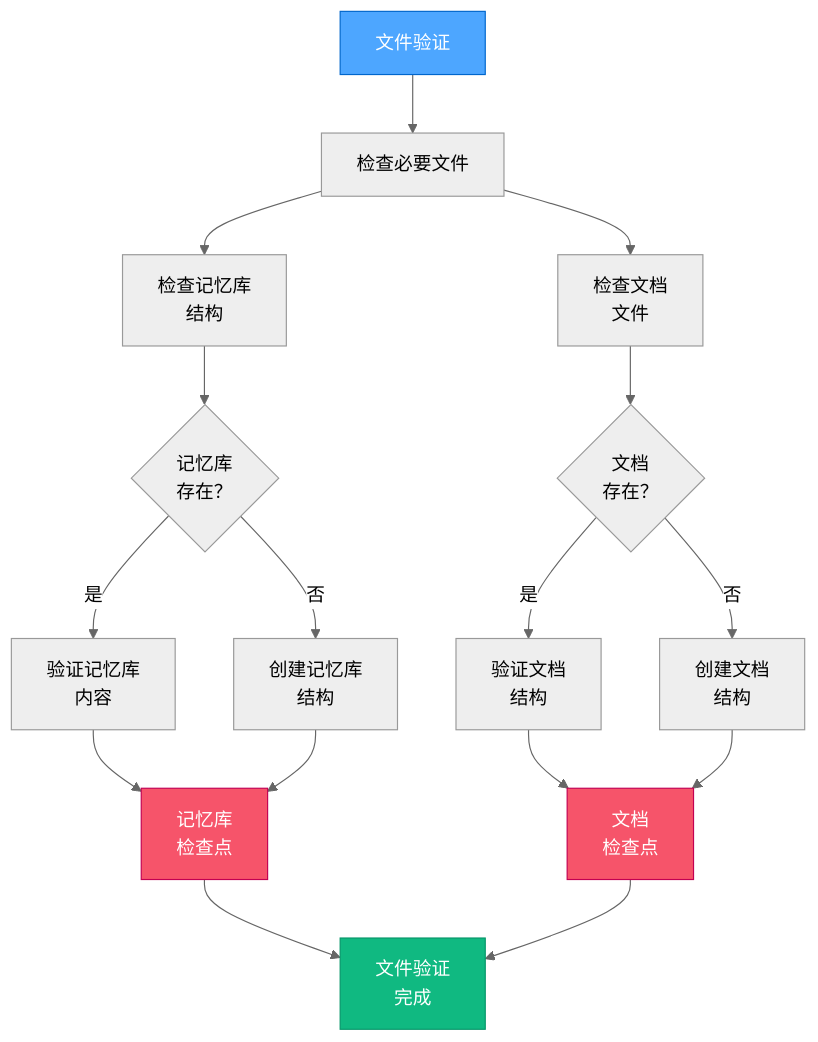
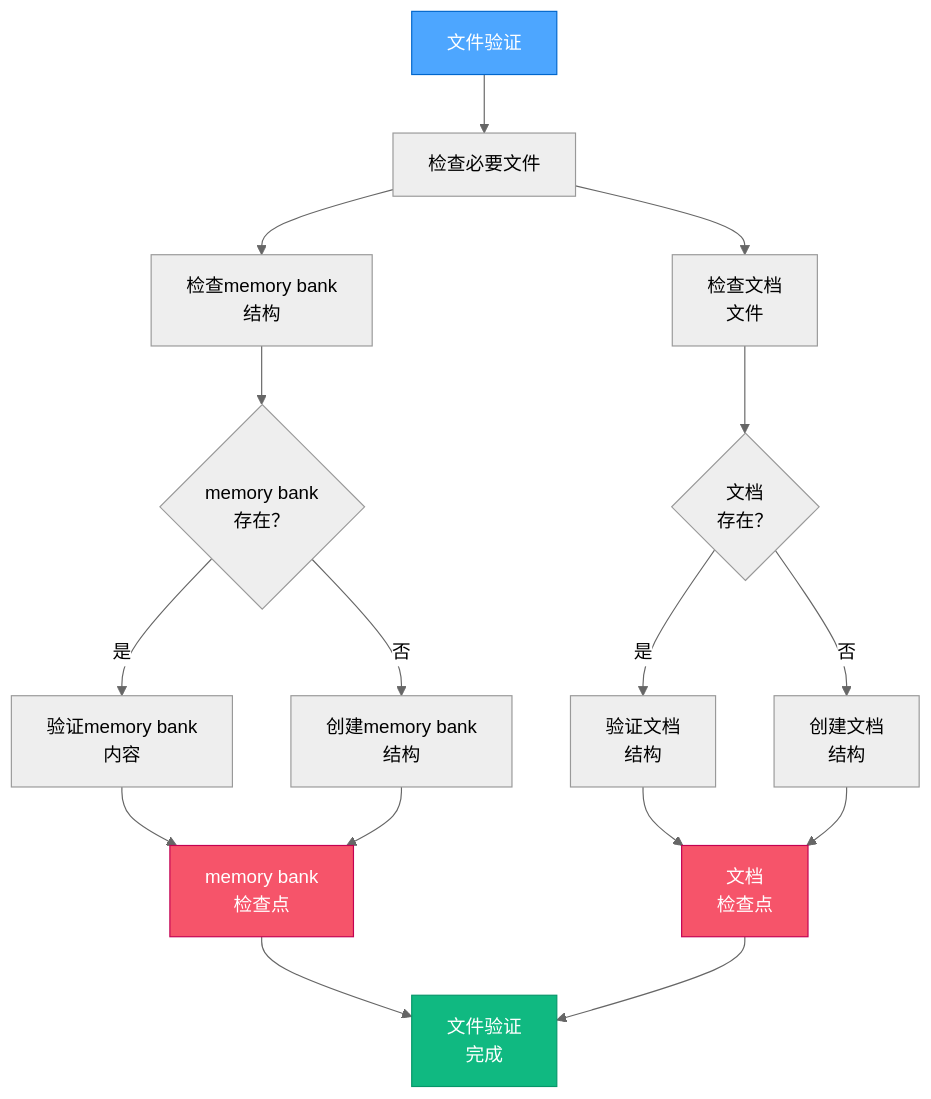
Before and after one commit to autel-lizhuohang/cursor-memory-bank-cn: the third of 13 diagrams in .cursor/rules/isolation_rules/visual-maps/van-mode-map.mdc, drawn with Mermaid (neutral theme). The commit also changed other lines of this file and 33 other files, not shown here.

````diff
--- a/.cursor/rules/isolation_rules/visual-maps/van-mode-map.mdc
+++ b/.cursor/rules/isolation_rules/visual-maps/van-mode-map.mdc
@@ -91,25 +91,25 @@
 ```mermaid
 graph TD
     FV["文件验证"] --> CheckFiles["检查必要文件"]
-    CheckFiles --> CheckMB["检查记忆库<br>结构"]
-    CheckMB --> MBExists{"记忆库<br>存在？"}
+    CheckFiles --> CheckMB["检查memory bank<br>结构"]
+    CheckMB --> MBExists{"memory bank<br>存在？"}
 
-    MBExists -->|"是"| VerifyMB["验证记忆库<br>内容"]
-    MBExists -->|"否"| CreateMB["创建记忆库<br>结构"]
+    MBExists -->|"是"| VerifyMB["验证memory bank<br>内容"]
+    MBExists -->|"否"| CreateMB["创建memory bank<br>结构"]
 
     CheckFiles --> CheckDocs["检查文档<br>文件"]
     CheckDocs --> DocsExist{"文档<br>存在？"}
 
     DocsExist -->|"是"| VerifyDocs["验证文档<br>结构"]
     DocsExist -->|"否"| CreateDocs["创建文档<br>结构"]
 
-    VerifyMB & CreateMB --> MBCP["记忆库<br>检查点"]
+    VerifyMB & CreateMB --> MBCP["memory bank<br>检查点"]
     VerifyDocs & CreateDocs --> DocsCP["文档<br>检查点"]
 
     MBCP & DocsCP --> FileComplete["文件验证<br>完成"]
 
     style FV fill:#4da6ff,stroke:#0066cc,color:white
     style FileComplete fill:#10b981,stroke:#059669,color:white
     style MBCP fill:#f6546a,stroke:#c30052,color:white
     style DocsCP fill:#f6546a,stroke:#c30052,color:white
 ```
````
